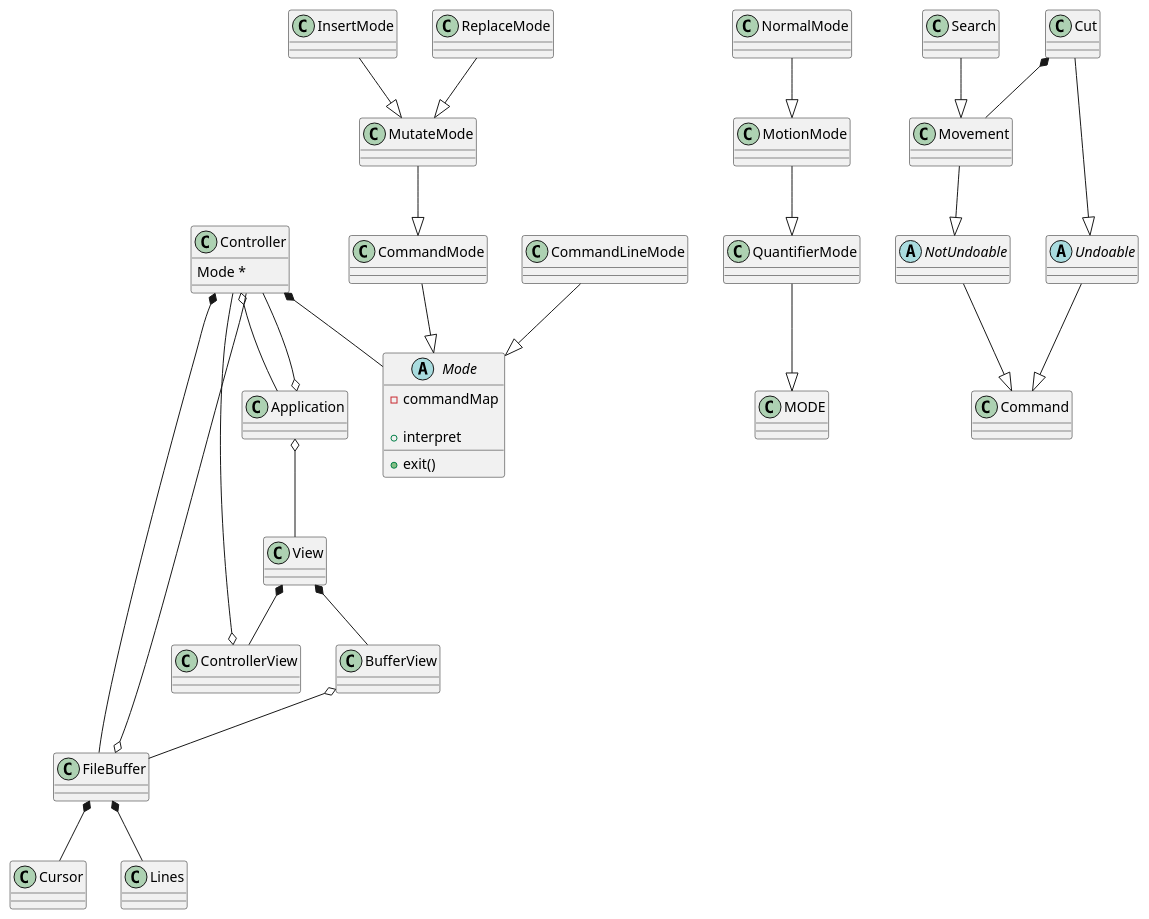
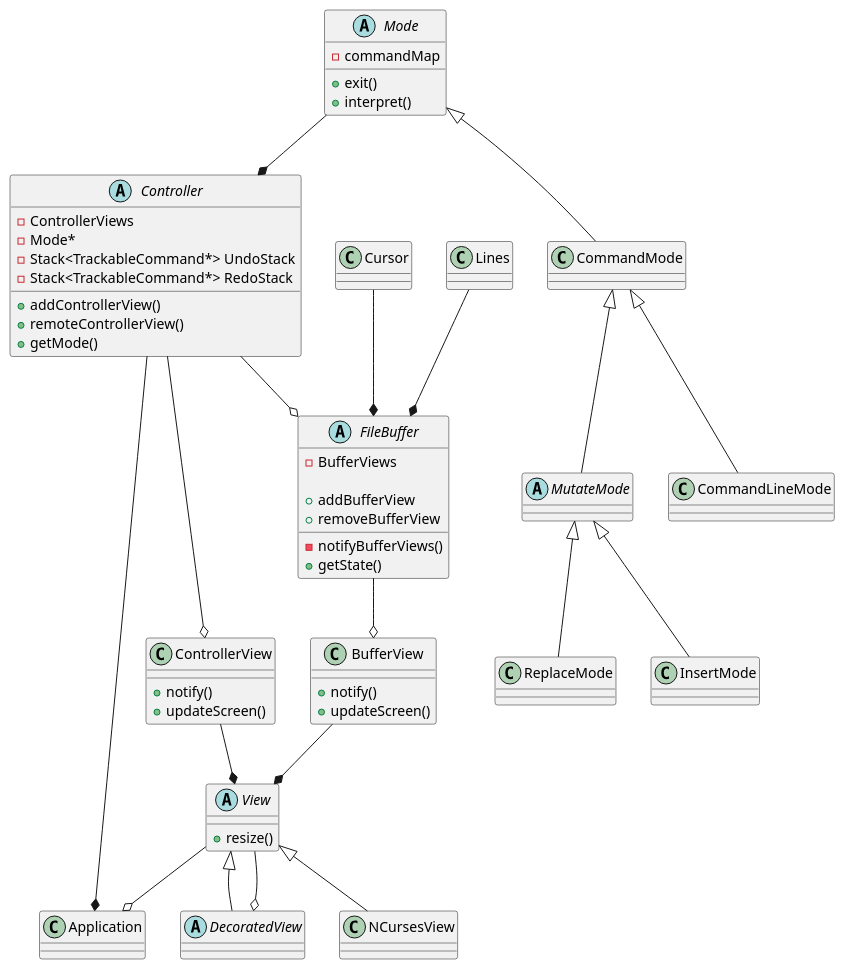
Before and after one commit to felix990302/vm: the second of 4 diagrams in uml.md, drawn with PlantUML. The commit also changed other lines of this file and 2 other files, not shown here.

Commit message:
updated UML and added a pdf version

````diff
--- a/uml.md
+++ b/uml.md
@@ -9,44 +27,67 @@
 ```plantuml
-Controller o-- Application
-Controller *-- FileBuffer
-Controller *-- Mode
-Controller : Mode *
+abstract class Controller {
+    -ControllerViews
+    -Mode*
+    -Stack<TrackableCommand*> UndoStack
+    -Stack<TrackableCommand*> RedoStack
+
+    +addControllerView()
+    +remoteControllerView()
+    +getMode()
+}
+Controller --o ControllerView
+Controller --* Application
+Controller --o FileBuffer
 
 abstract class Mode {
     -commandMap
 
     +exit()
-    +interpret
+    +interpret()
 }
-CommandMode --|> Mode
-MutateMode --|> CommandMode
-InsertMode --|> MutateMode
-ReplaceMode --|> MutateMode
-CommandLineMode --|> Mode
-QuantifierMode --|> MODE
-MotionMode --|> QuantifierMode
-NormalMode --|> MotionMode
+Mode --* Controller
+Mode <|-- CommandMode
 
+CommandMode <|-- CommandLineMode
+CommandMode <|-- MutateMode
 
-Application o-- Controller
-Application o-- View
+abstract class MutateMode
+MutateMode <|-- InsertMode
+MutateMode <|-- ReplaceMode
 
-View *-- BufferView
-View *-- ControllerView
-BufferView o-- FileBuffer
-ControllerView o-- Controller
+abstract class View {
+    +resize()
+}
+View <|-- NCursesView
+View <|-- DecoratedView
+View --o DecoratedView
+View --o Application
 
-FileBuffer o-- Controller
-FileBuffer *-- Cursor
-FileBuffer *-- Lines
+abstract class DecoratedView
 
-abstract class NotUndoable
-NotUndoable --|> Command
-Movement --|> NotUndoable
-Search --|> Movement
+class BufferView {
+    +notify()
+    +updateScreen()
+}
+BufferView --* View
 
-abstract class Undoable
-Undoable --|> Command
-Cut --|> Undoable
-Cut *-- Movement
+class ControllerView {
+    +notify()
+    +updateScreen()
+}
+ControllerView --* View
+
+abstract class FileBuffer {
+    -BufferViews
+
+    -notifyBufferViews()
+    +addBufferView
+    +removeBufferView
+    +getState()
+}
+FileBuffer --o BufferView
+
+Cursor --* FileBuffer
+
+Lines --* FileBuffer
 ```
````
